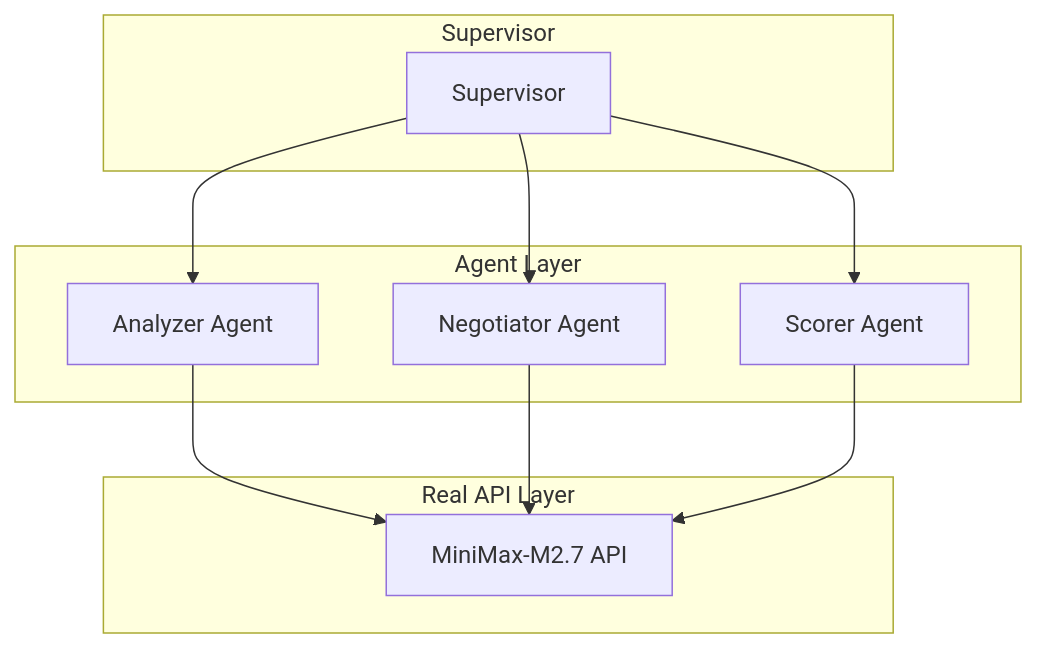
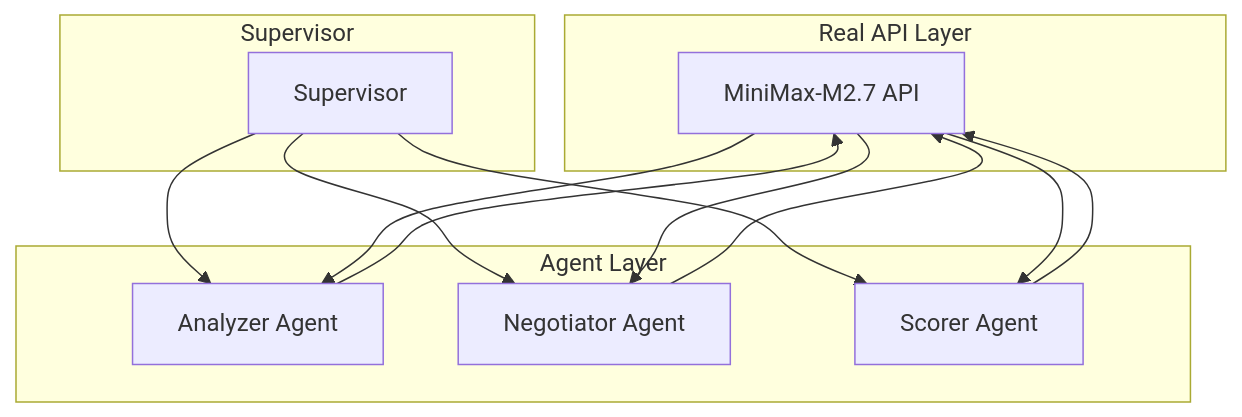
The diagram in README.md (xiangbianpangde/mas-evolution-test), drawn with Mermaid before and after one commit. The commit also changed other lines of this file, not shown here.

````diff
--- a/README.md
+++ b/README.md
@@ -45,20 +21,26 @@
 ```mermaid
 graph TB
     subgraph "Real API Layer"
         LLM[MiniMax-M2.7 API]
     end
     
     subgraph "Agent Layer"
         A[Analyzer Agent]
         N[Negotiator Agent]
         S[Scorer Agent]
     end
     
     subgraph "Supervisor"
         SUP[Supervisor]
     end
     
-    SUP --> A --> LLM
-    SUP --> N --> LLM
-    SUP --> S --> LLM
+    SUP --> A
+    A --> LLM
+    SUP --> N
+    N --> LLM
+    SUP --> S
+    S --> LLM
+    LLM --> A
+    LLM --> N
+    LLM --> S
 ```
````
